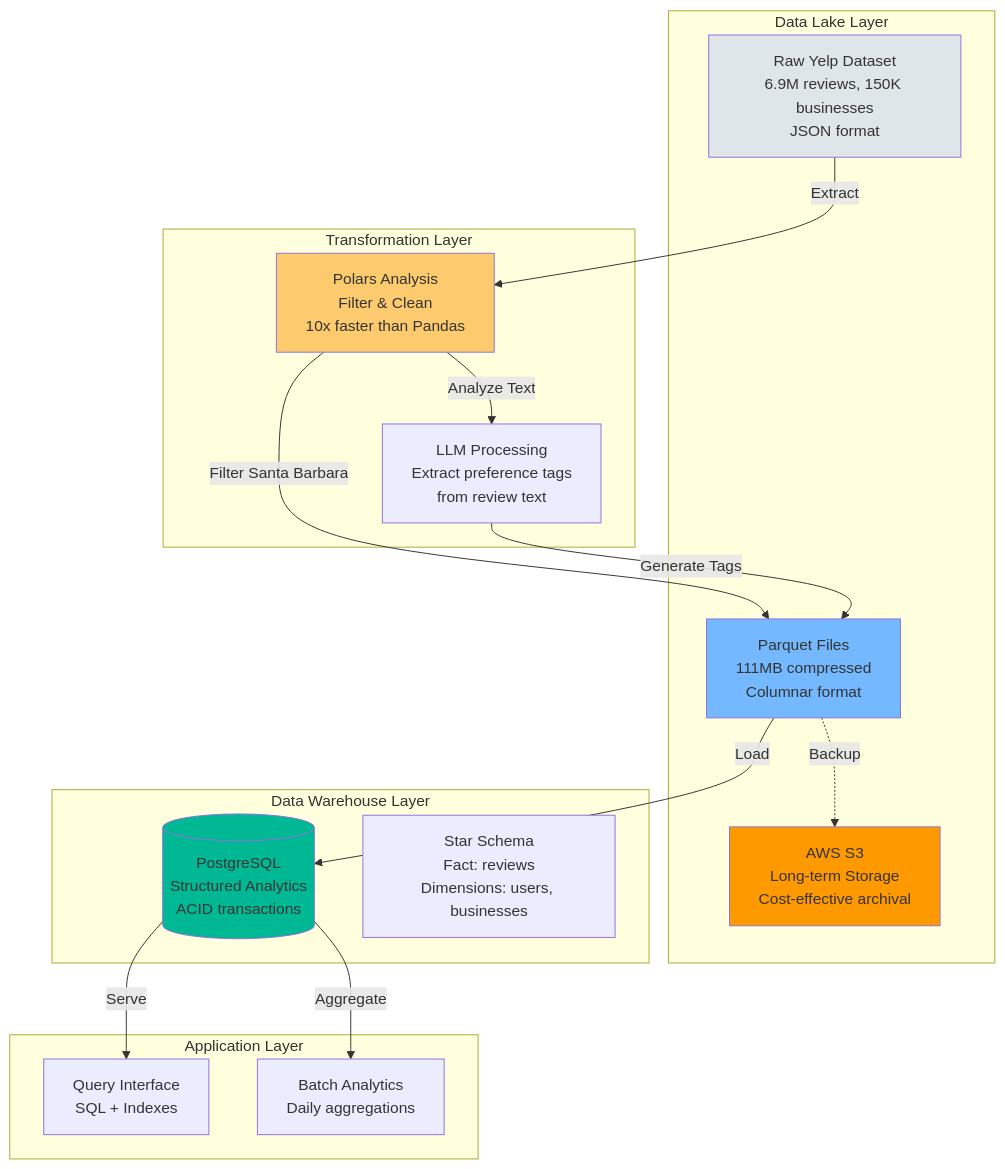
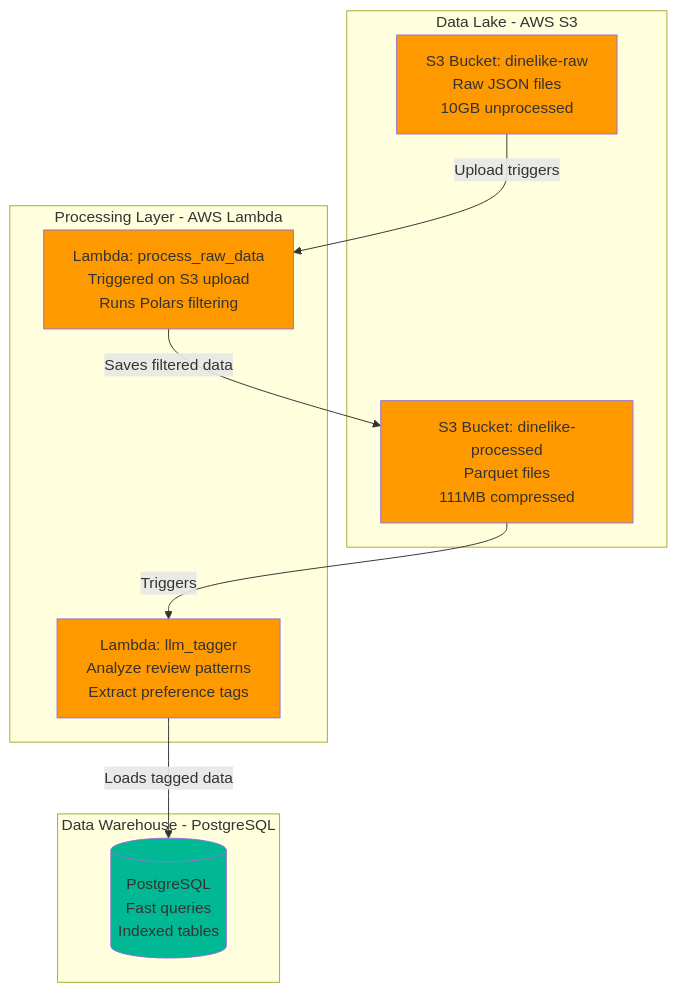
One commit to Vihaan8/final_project changed the third of 9 diagrams in README.md. Above: the diagram before and after it, drawn with Mermaid. The commit also changed other lines of this file, not shown here.

First line of the commit message:
Complete README rewrite: Comprehensive data architecture documentation

````diff
--- a/README.md
+++ b/README.md
@@ -264,40 +287,27 @@
 ```mermaid
 graph TB
-    subgraph "Data Lake Layer"
-        Raw[Raw Yelp Dataset<br/>6.9M reviews, 150K businesses<br/>JSON format]
-        S3[AWS S3<br/>Long-term Storage<br/>Cost-effective archival]
-        Parquet[Parquet Files<br/>111MB compressed<br/>Columnar format]
+    subgraph "Data Lake - AWS S3"
+        A[S3 Bucket: dinelike-raw<br/>Raw JSON files<br/>10GB unprocessed]
+        B[S3 Bucket: dinelike-processed<br/>Parquet files<br/>111MB compressed]
     end
     
-    subgraph "Transformation Layer"
-        Polars[Polars Analysis<br/>Filter & Clean<br/>10x faster than Pandas]
-        LLM[LLM Processing<br/>Extract preference tags<br/>from review text]
+    subgraph "Processing Layer - AWS Lambda"
+        C[Lambda: process_raw_data<br/>Triggered on S3 upload<br/>Runs Polars filtering]
+        D[Lambda: llm_tagger<br/>Analyze review patterns<br/>Extract preference tags]
     end
     
-    subgraph "Data Warehouse Layer"
-        PG[(PostgreSQL<br/>Structured Analytics<br/>ACID transactions)]
-        Schema[Star Schema<br/>Fact: reviews<br/>Dimensions: users, businesses]
+    subgraph "Data Warehouse - PostgreSQL"
+        E[(PostgreSQL<br/>Fast queries<br/>Indexed tables)]
     end
     
-    subgraph "Application Layer"
-        API[Query Interface<br/>SQL + Indexes]
-        Airflow[Batch Analytics<br/>Daily aggregations]
-    end
+    A -->|Upload triggers| C
+    C -->|Saves filtered data| B
+    B -->|Triggers| D
+    D -->|Loads tagged data| E
     
-    Raw -->|Extract| Polars
-    Polars -->|Filter Santa Barbara| Parquet
-    Polars -->|Analyze Text| LLM
-    LLM -->|Generate Tags| Parquet
-    
-    Parquet -->|Load| PG
-    Parquet -.->|Backup| S3
-    
-    PG -->|Serve| API
-    PG -->|Aggregate| Airflow
-    
-    style Raw fill:#dfe6e9
-    style S3 fill:#FF9900
-    style Parquet fill:#74b9ff
-    style PG fill:#00b894
-    style Polars fill:#fdcb6e
+    style A fill:#FF9900
+    style B fill:#FF9900
+    style C fill:#FF9900
+    style D fill:#FF9900
+    style E fill:#00b894
 ```
````
